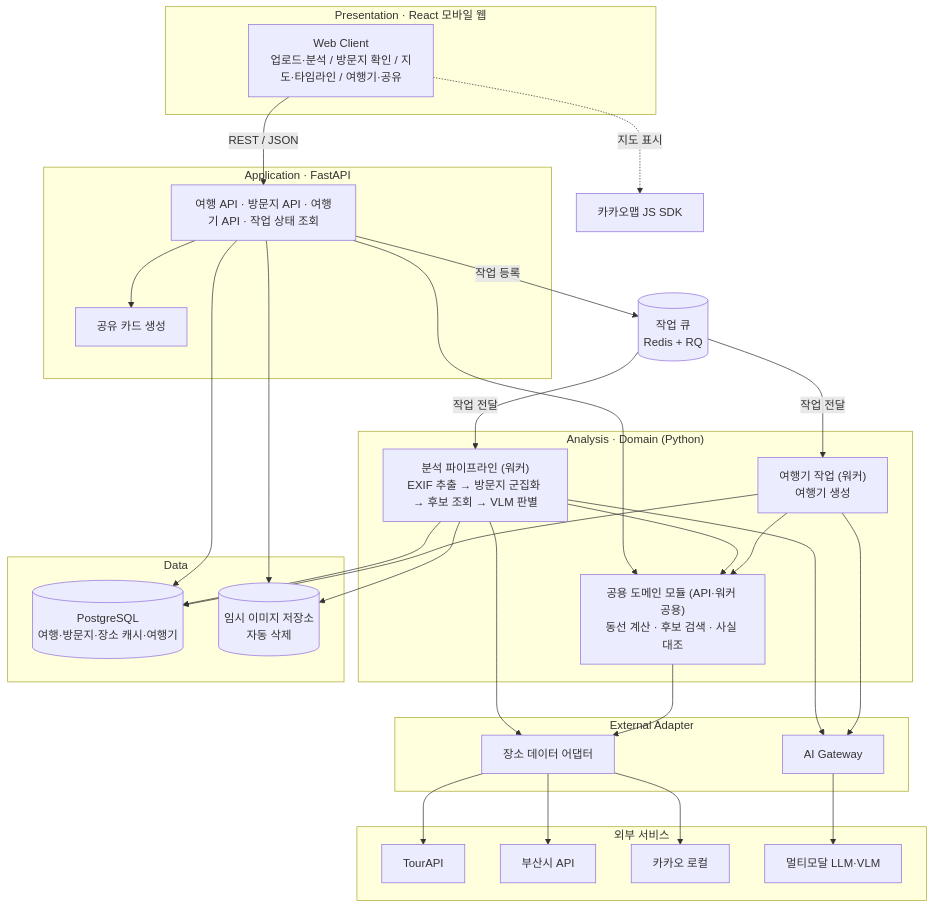
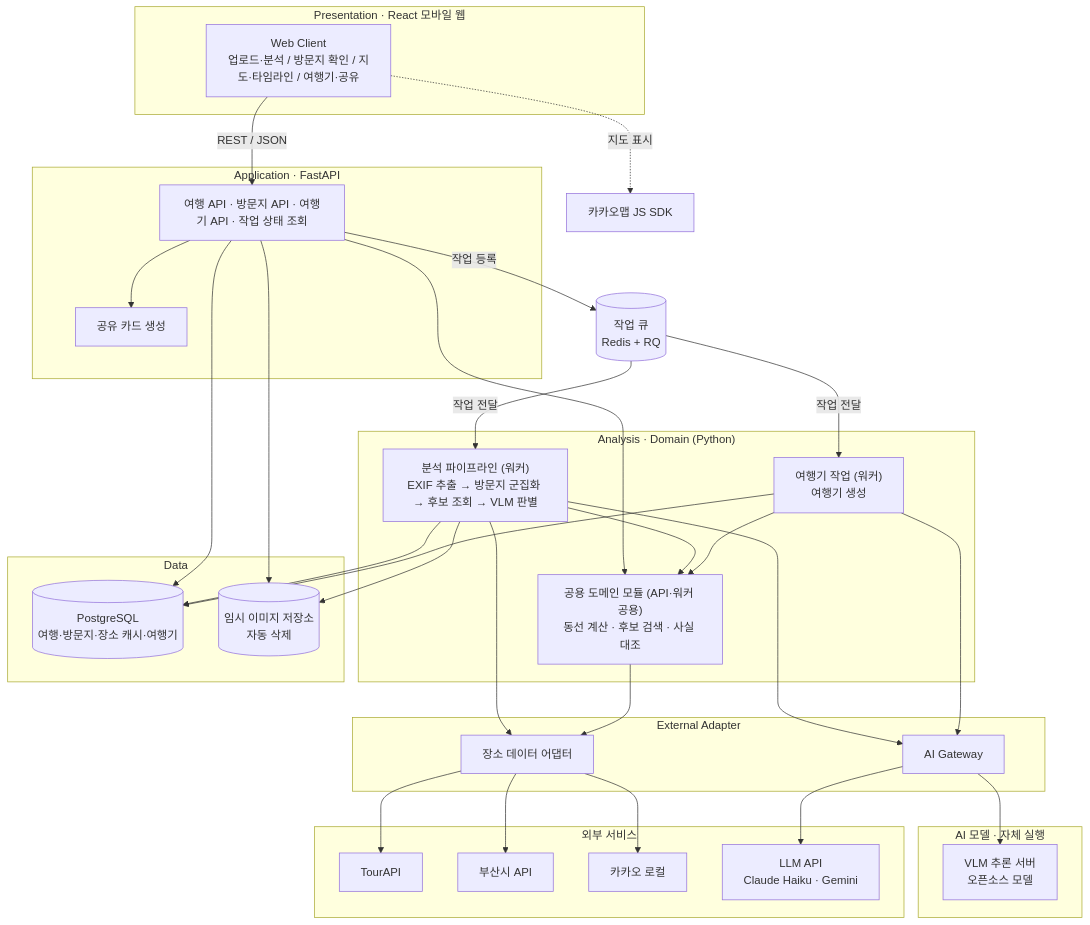
Before and after one commit to gokimkh123/SWEngineering-project-10: the first of 6 diagrams in docs/04-design/설계서_찰칵부산_v1.0.md, drawn with Mermaid. The commit also changed other lines of this file and 10 other files, not shown here.

First line of the commit message:
docs: AI 모델 방침 반영 — 오픈소스 VLM 자체 실행, 저가·무료 LLM

````diff
--- a/docs/04-design/설계서_찰칵부산_v1.0.md
+++ b/docs/04-design/설계서_찰칵부산_v1.0.md
@@ -106,54 +106,58 @@
 ```mermaid
 flowchart TB
   subgraph P["Presentation · React 모바일 웹"]
     WEB["Web Client<br/>업로드·분석 / 방문지 확인 / 지도·타임라인 / 여행기·공유"]
   end
   subgraph A["Application · FastAPI"]
     API["여행 API · 방문지 API · 여행기 API · 작업 상태 조회"]
     SVC["공유 카드 생성"]
   end
   Q[("작업 큐<br/>Redis + RQ")]
   subgraph W["Analysis · Domain (Python)"]
     PIPE["분석 파이프라인 (워커)<br/>EXIF 추출 → 방문지 군집화 → 후보 조회 → VLM 판별"]
     STORY["여행기 작업 (워커)<br/>여행기 생성"]
     DOM["공용 도메인 모듈 (API·워커 공용)<br/>동선 계산 · 후보 검색 · 사실 대조"]
   end
   subgraph D["Data"]
     DB[("PostgreSQL<br/>여행·방문지·장소 캐시·여행기")]
     TMP[("임시 이미지 저장소<br/>자동 삭제")]
   end
   subgraph X["External Adapter"]
     PDA["장소 데이터 어댑터"]
     AIG["AI Gateway"]
   end
+  subgraph M["AI 모델 · 자체 실행"]
+    VLMS["VLM 추론 서버<br/>오픈소스 모델"]
+  end
   subgraph E["외부 서비스"]
     TOUR["TourAPI"]
     BUSAN["부산시 API"]
     KAKAO["카카오 로컬"]
-    LLM["멀티모달 LLM·VLM"]
+    LLM["LLM API<br/>Claude Haiku · Gemini"]
   end
   KMAP["카카오맵 JS SDK"]
 
   WEB -->|REST / JSON| API
   WEB -.->|지도 표시| KMAP
   API --> SVC
   API --> DOM
   PIPE --> DOM
   STORY --> DOM
   API -->|작업 등록| Q
   Q -->|작업 전달| PIPE
   Q -->|작업 전달| STORY
   API --> DB
   API --> TMP
   PIPE --> DB
   PIPE --> TMP
   STORY --> DB
   PIPE --> PDA
   PIPE --> AIG
   STORY --> AIG
   DOM --> PDA
   PDA --> TOUR
   PDA --> BUSAN
   PDA --> KAKAO
+  AIG --> VLMS
   AIG --> LLM
 ```
````
